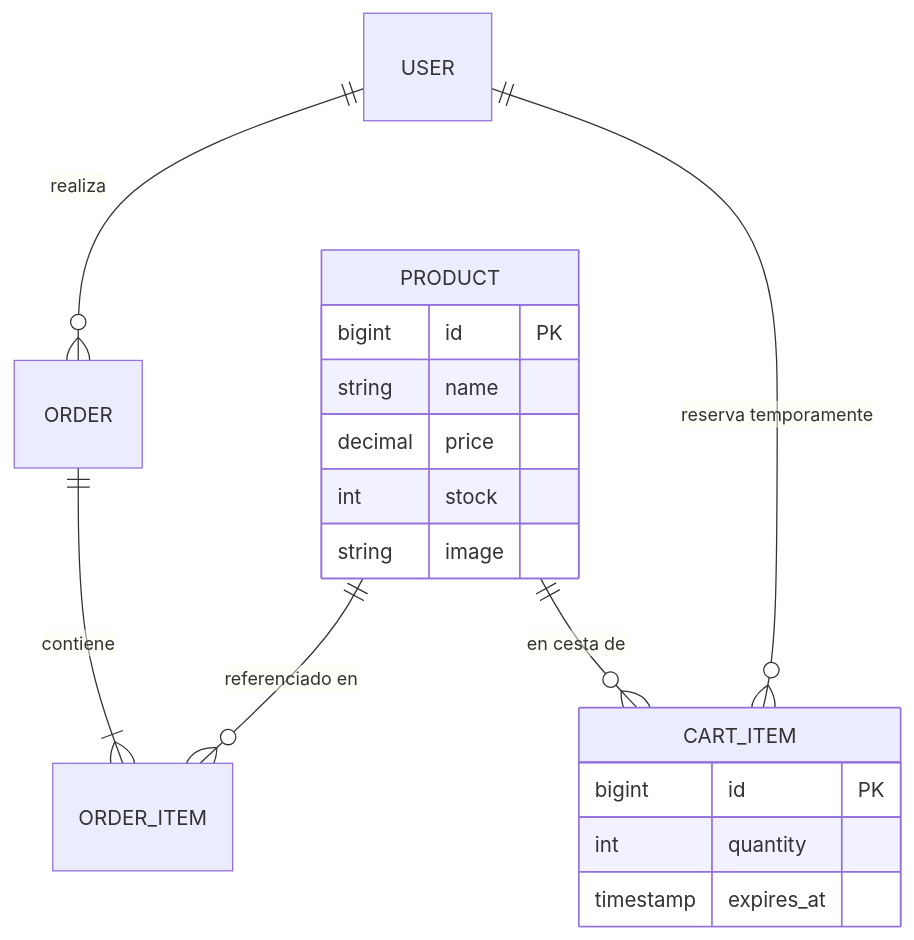
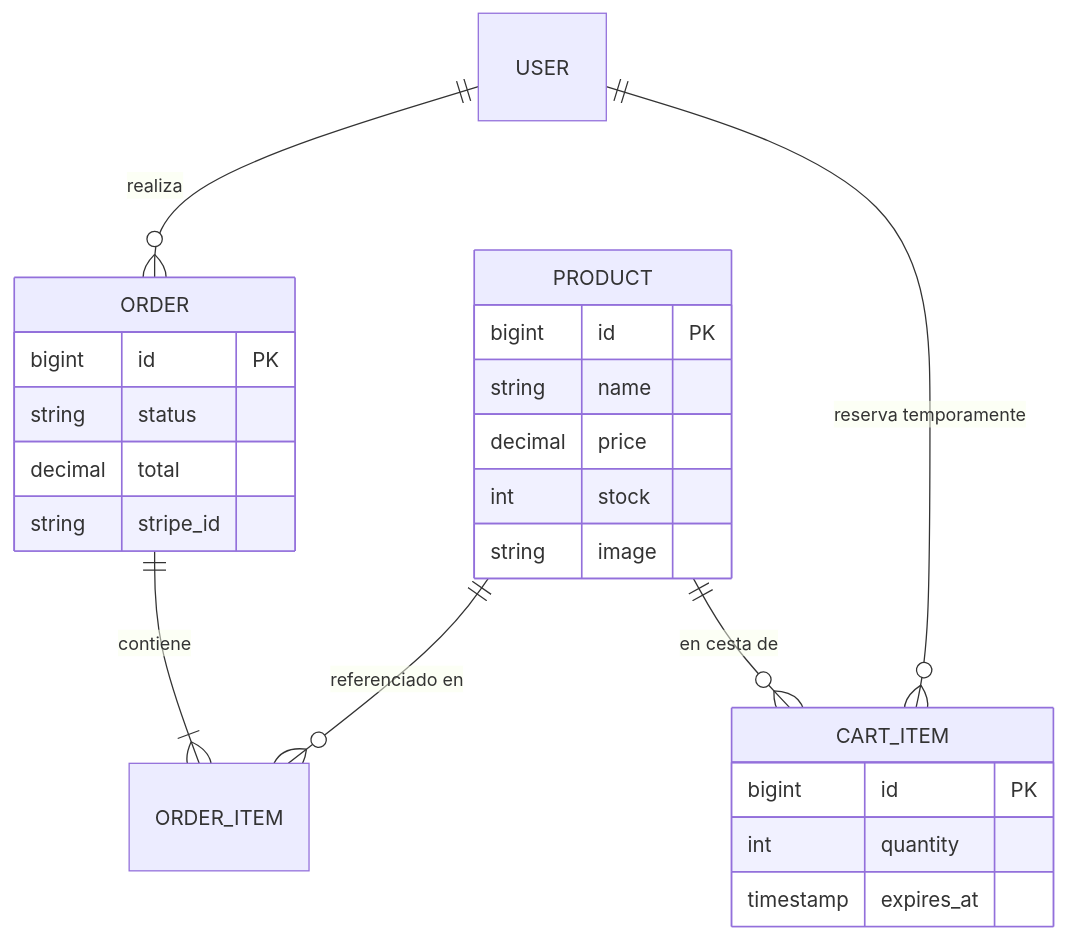
The diagram in README.md (angellopezlinan/aicor-shop-fullstack), drawn with Mermaid before and after one commit. The commit also changed 5 other files, not shown here.

````diff
--- a/README.md
+++ b/README.md
@@ -63,21 +63,27 @@
 ```mermaid
 erDiagram
     USER ||--o{ ORDER : "realiza"
     USER ||--o{ CART_ITEM : "reserva temporamente"
     ORDER ||--|{ ORDER_ITEM : "contiene"
     PRODUCT ||--o{ ORDER_ITEM : "referenciado en"
     PRODUCT ||--o{ CART_ITEM : "en cesta de"
 
     PRODUCT {
         bigint id PK
         string name
         decimal price
         int stock
         string image
     }
     CART_ITEM {
         bigint id PK
         int quantity
         timestamp expires_at
     }
+    ORDER {
+        bigint id PK
+        string status
+        decimal total
+        string stripe_id
+    }
 ```
````
